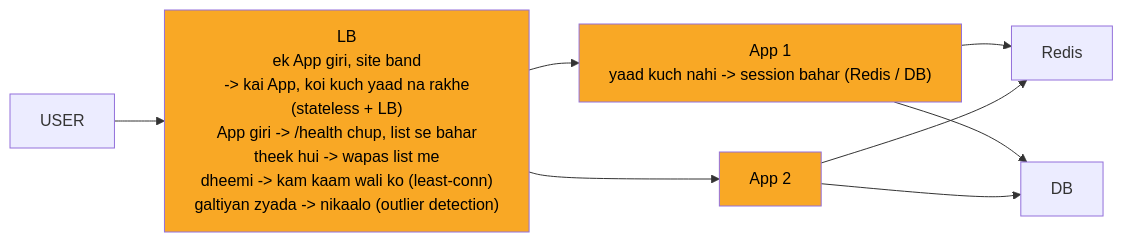
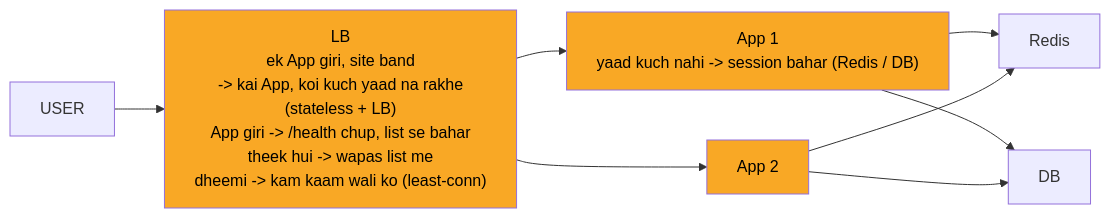
Before and after one commit to ArpanMaheshwari144/Prep: the third of 10 diagrams in 04_HLD/SYSTEM_DESIGNS/01_url_shortener/01_url_shortener.md, drawn with Mermaid. The commit also changed other lines of this file, not shown here.

Commit message:
url shortener card 2: outlier detection line hatayi

````diff
--- a/04_HLD/SYSTEM_DESIGNS/01_url_shortener/01_url_shortener.md
+++ b/04_HLD/SYSTEM_DESIGNS/01_url_shortener/01_url_shortener.md
@@ -148,20 +148,20 @@
 ```mermaid
 %%{init: {"flowchart": {"wrappingWidth": 450}}}%%
 flowchart LR
     n_USER["USER"]
-    n_LB["LB<br/>ek App giri, site band<br/>-> kai App, koi kuch yaad na rakhe<br/>(stateless + LB)<br/>App giri -> /health chup, list se bahar<br/>theek hui -> wapas list me<br/>dheemi -> kam kaam wali ko (least-conn)<br/>galtiyan zyada -> nikaalo (outlier detection)"]
+    n_LB["LB<br/>ek App giri, site band<br/>-> kai App, koi kuch yaad na rakhe<br/>(stateless + LB)<br/>App giri -> /health chup, list se bahar<br/>theek hui -> wapas list me<br/>dheemi -> kam kaam wali ko (least-conn)"]
     n_App_x_N_1["App 1<br/>yaad kuch nahi -> session bahar (Redis / DB)"]
     n_App_x_N_2["App 2"]
     n_Redis["Redis"]
     n_DB["DB"]
     n_USER --> n_LB
     n_LB --> n_App_x_N_1
     n_LB --> n_App_x_N_2
     n_App_x_N_1 --> n_Redis
     n_App_x_N_2 --> n_Redis
     n_App_x_N_1 --> n_DB
     n_App_x_N_2 --> n_DB
     style n_LB fill:#f9a825,color:#000
     style n_App_x_N_1 fill:#f9a825,color:#000
     style n_App_x_N_2 fill:#f9a825,color:#000
 ```
````
